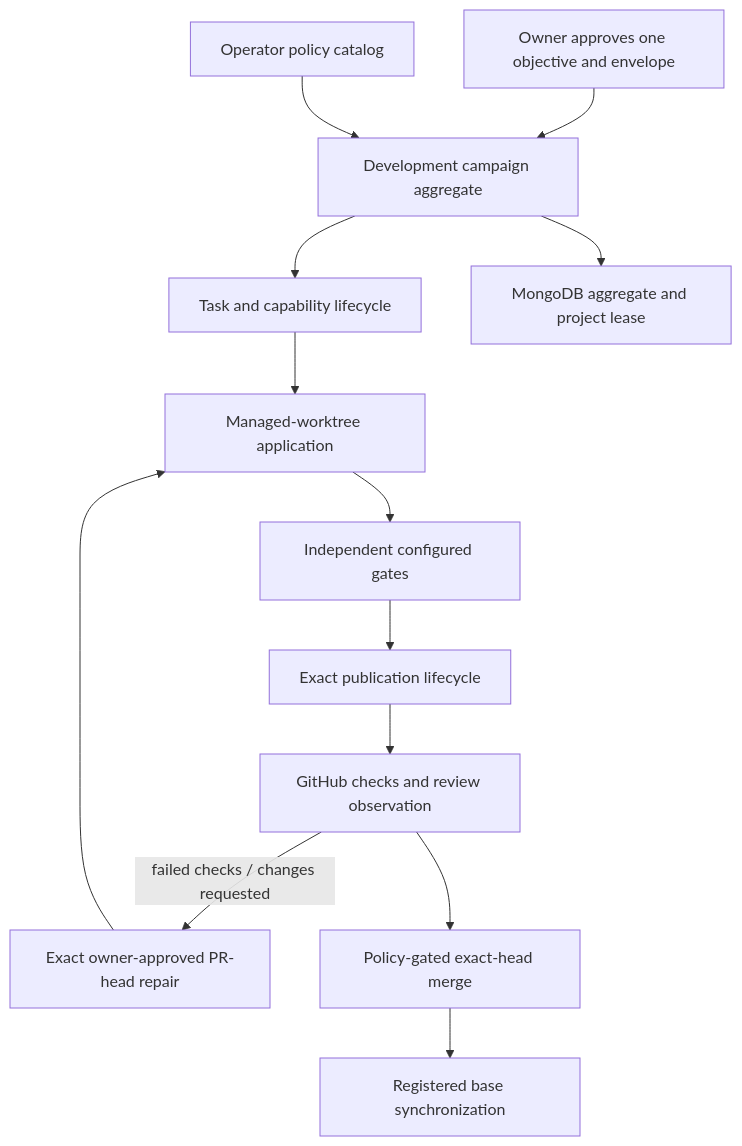
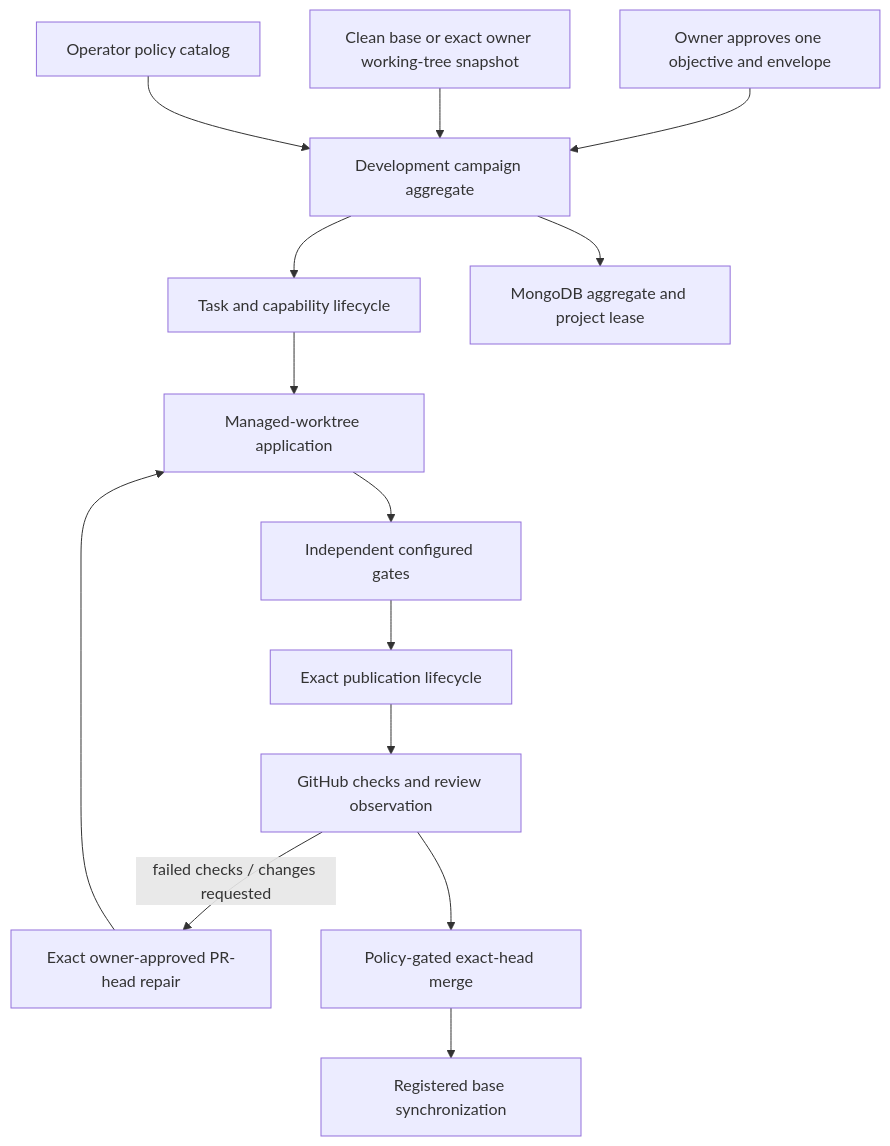
Diagram 15 of 17 in docs/system-architecture.md (4romgod/vera), drawn with Mermaid before and after one commit. The commit also changed other lines of this file and 54 other files, not shown here.

Commit message:
feat: complete adaptive delivery and mobile voice flows (#42)

````diff
--- a/docs/system-architecture.md
+++ b/docs/system-architecture.md
@@ -1015,15 +1020,16 @@
 ```mermaid
 flowchart TB
     OWNER["Owner approves one objective and envelope"] --> CAMPAIGN["Development campaign aggregate"]
+    WORKSPACE["Clean base or exact owner working-tree snapshot"] --> CAMPAIGN
     POLICY["Operator policy catalog"] --> CAMPAIGN
     CAMPAIGN --> TASK["Task and capability lifecycle"]
     TASK --> APP["Managed-worktree application"]
     APP --> GATES["Independent configured gates"]
     GATES --> PUB["Exact publication lifecycle"]
     PUB --> OBS["GitHub checks and review observation"]
     OBS -->|"failed checks / changes requested"| REPAIR["Exact owner-approved PR-head repair"]
     REPAIR --> APP
     OBS --> MERGE["Policy-gated exact-head merge"]
     MERGE --> SYNC["Registered base synchronization"]
     CAMPAIGN --> OPS["MongoDB aggregate and project lease"]
 ```
````
